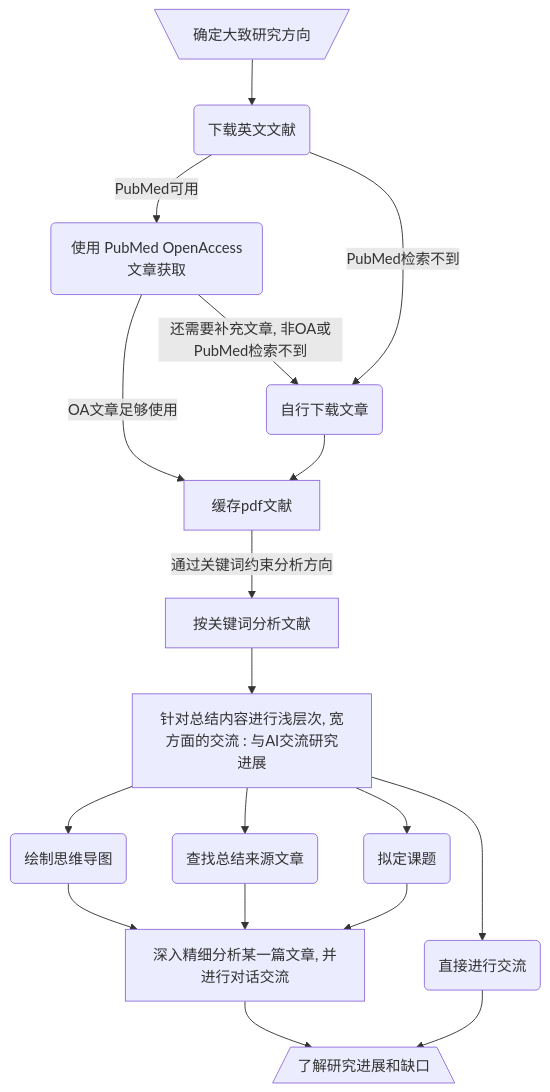
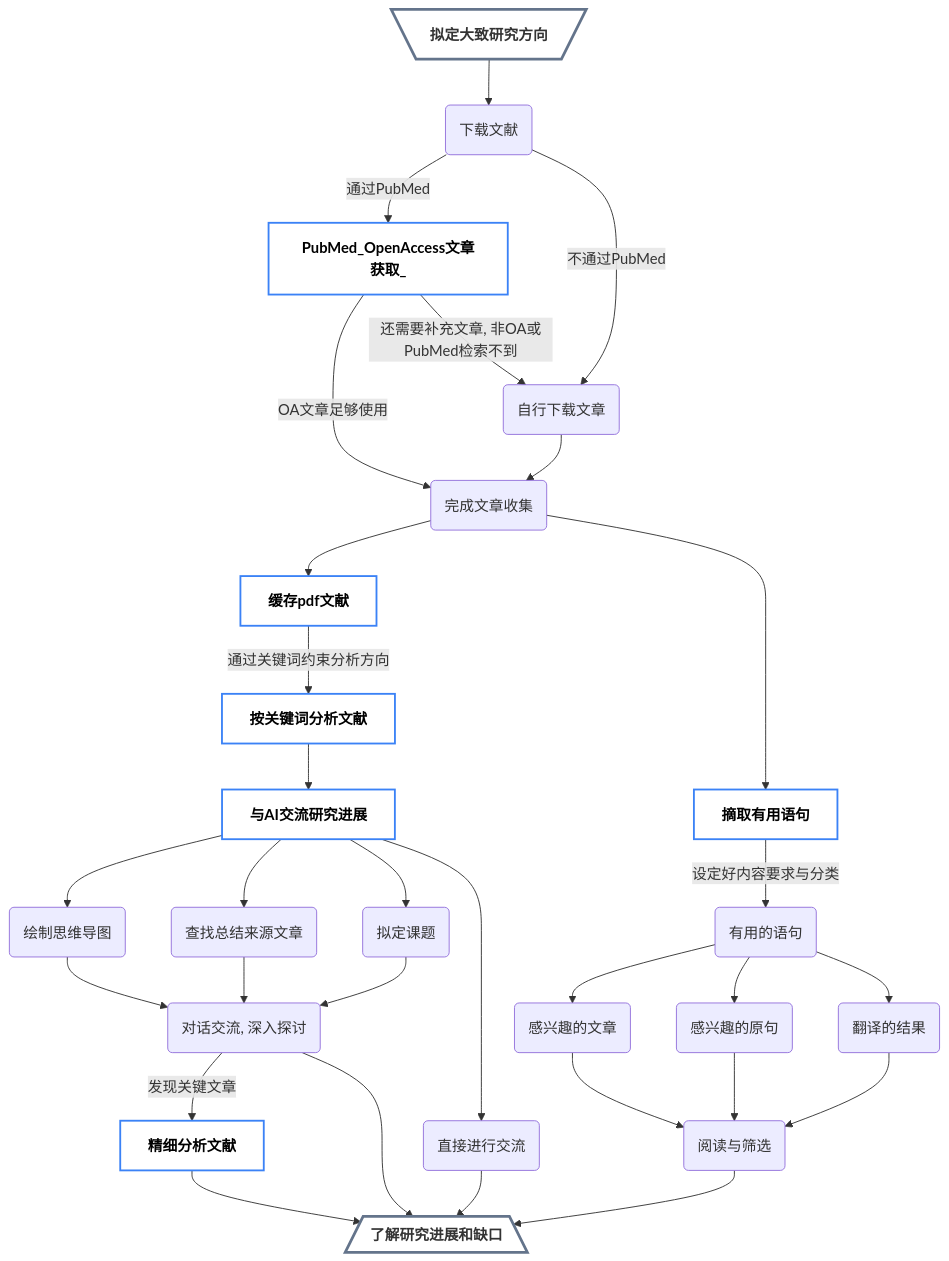
The diagram in README.md (PureAmaya/scholar_navis), drawn with Mermaid before and after one commit. The commit also changed other lines of this file and 15 other files, not shown here.

````diff
--- a/README.md
+++ b/README.md
@@ -132,15 +150,31 @@
 ```mermaid
-graph TD
-A[\确定大致研究方向/] --> B(下载英文文献)
- B -->|PubMed可用| C(使用 PubMed OpenAccess文章获取)
- B -->|PubMed检索不到| D(自行下载文章)
- C --> |OA文章足够使用| E[缓存pdf文献]
+flowchart TD
+A[\拟定大致研究方向/] --> B(下载文献)
+ B -->|通过PubMed| C[PubMed_OpenAccess文章获取_]
+ B -->|不通过PubMed| D(自行下载文章)
+ C --> |OA文章足够使用| preE(完成文章收集)
+ preE --> E[缓存pdf文献]
  C --> |还需要补充文章, 非OA或PubMed检索不到| D
 
- D --> E[缓存pdf文献]
+D --> preE
  E --> |通过关键词约束分析方向 | F[按关键词分析文献]
- F --> G[针对总结内容进行浅层次, 宽方面的交流 : 与AI交流研究进展]
+ F --> G[与AI交流研究进展]
  G --> G1(绘制思维导图) & G2(查找总结来源文章) & G3(拟定课题) & G4(直接进行交流)
- G1 & G2 & G3 -->  H[深入精细分析某一篇文章, 并进行对话交流]
- H & G4 --> I[/了解研究进展和缺口\]
+ G1 & G2 & G3 --> H(对话交流, 深入探讨)
+ H --> |发现关键文章| J[精细分析文献]
+
+preE --> extract1[摘取有用语句]
+ extract1 --> |设定好内容要求与分类| extract2(有用的语句)
+ extract2 --> extract_title(感兴趣的文章) & extract_sentences(感兴趣的原句) & extract_trans(翻译的结果)
+ extract_title & extract_sentences & extract_trans --> extract3(阅读与筛选)
+
+H & J & G4 & extract3--> I[/了解研究进展和缺口\]
+
+
+
+class C,E,F,G,J,extract1 function;
+class A,I start_and_termination;
+
+classDef function fill:#ffffff, stroke:#3b82f6, stroke-width:2px, color:#000, font-weight:bold;
+classDef start_and_termination fill:#ffffff, stroke:#64748b, stroke-width:3px, font-weight:bold;
 ```
````
